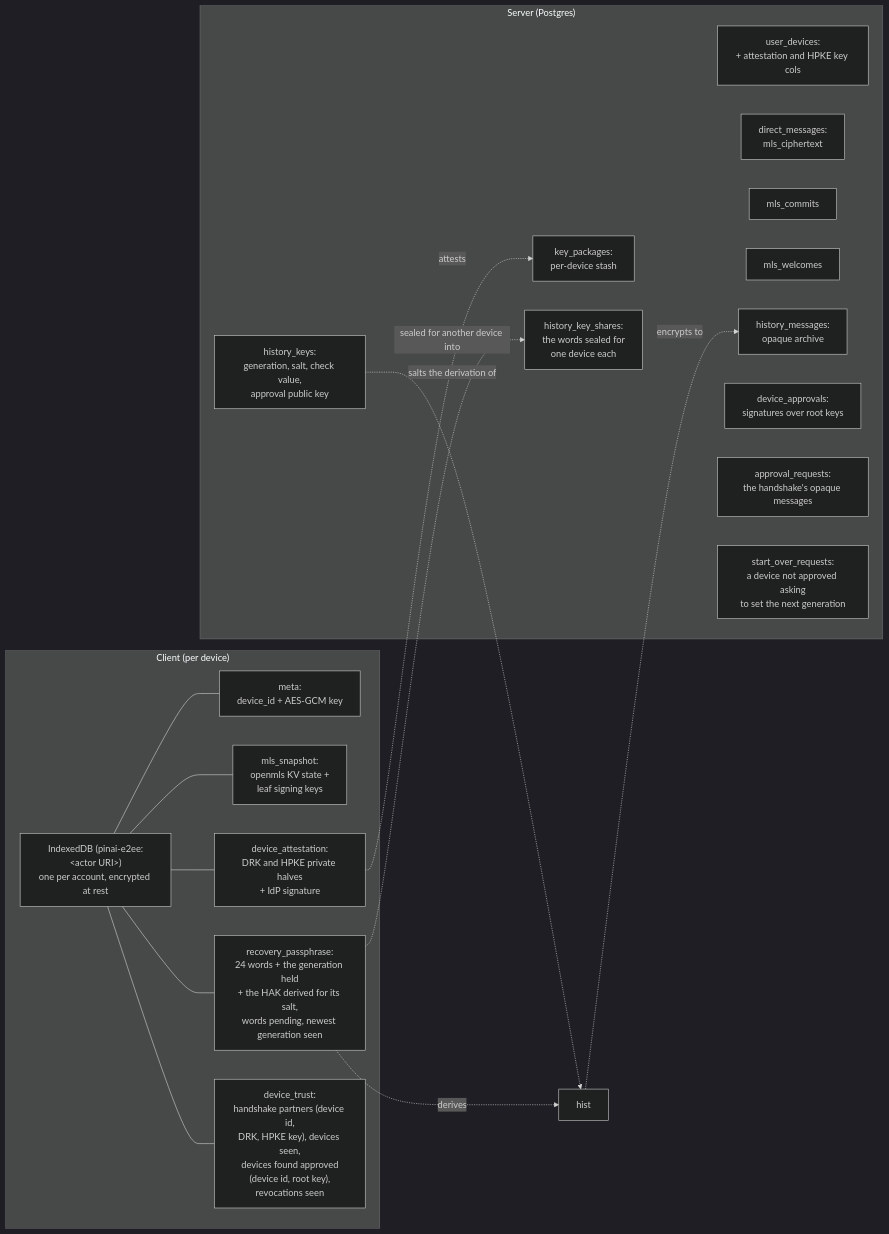
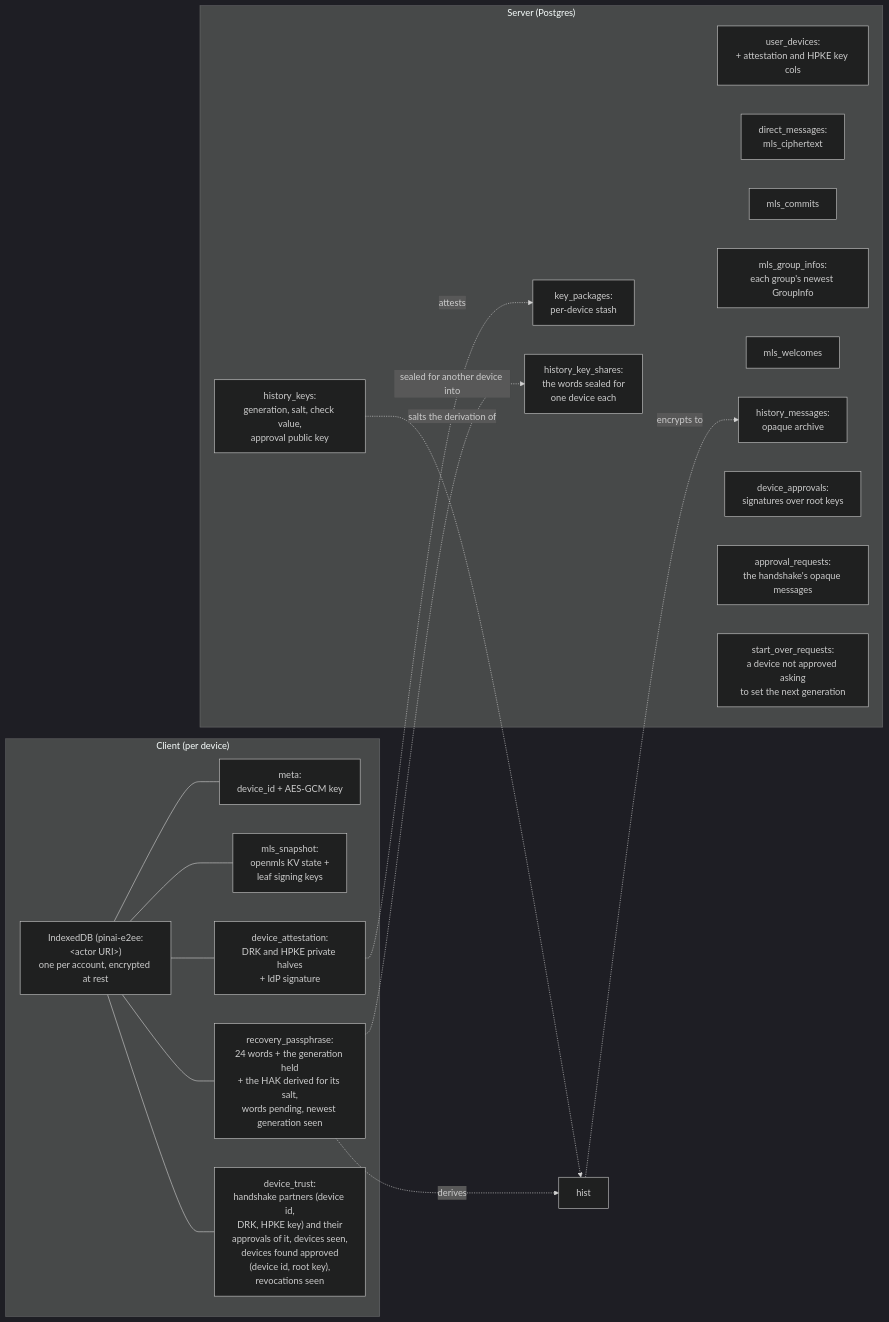
One commit to Pina-i/pinai changed diagram 22 of 22 in identity-provider/specs/e2ee.md. Above: the diagram before and after it, drawn with Mermaid (dark theme). The commit also changed other lines of this file and 36 other files, not shown here.

First line of the commit message:
feat(e2ee)!: devices rejoin their conversations by themselves (#14)

````diff
--- a/identity-provider/specs/e2ee.md
+++ b/identity-provider/specs/e2ee.md
@@ -2325,29 +2606,30 @@
 ```mermaid
 flowchart LR
     subgraph client ["Client (per device)"]
         IDB["IndexedDB (pinai-e2ee:#lt;actor URI#gt;)<br/>one per account, encrypted at rest"]
         IDB --- meta["meta:<br/>device_id + AES-GCM key"]
         IDB --- ident["mls_snapshot:<br/>openmls KV state +<br/>leaf signing keys"]
         IDB --- att["device_attestation:<br/>DRK and HPKE private halves<br/>+ IdP signature"]
         IDB --- pass["recovery_passphrase:<br/>24 words + the generation held<br/>+ the HAK derived for its salt,<br/>words pending, newest generation seen"]
-        IDB --- trust["device_trust:<br/>handshake partners (device id,<br/>DRK, HPKE key), devices seen,<br/>devices found approved<br/>(device id, root key),<br/>revocations seen"]
+        IDB --- trust["device_trust:<br/>handshake partners (device id,<br/>DRK, HPKE key) and their<br/>approvals of it, devices seen,<br/>devices found approved<br/>(device id, root key),<br/>revocations seen"]
     end
     subgraph server ["Server (Postgres)"]
         UD["user_devices:<br/>+ attestation and HPKE key cols"]
         KP["key_packages:<br/>per-device stash"]
         DM["direct_messages:<br/>mls_ciphertext"]
         MC["mls_commits"]
+        MG["mls_group_infos:<br/>each group's newest GroupInfo"]
         MW["mls_welcomes"]
         HM["history_messages:<br/>opaque archive"]
         HK["history_keys:<br/>generation, salt, check value,<br/>approval public key"]
         DA["device_approvals:<br/>signatures over root keys"]
         AR["approval_requests:<br/>the handshake's opaque messages"]
         KS["history_key_shares:<br/>the words sealed for<br/>one device each"]
         SO["start_over_requests:<br/>a device not approved asking<br/>to set the next generation"]
     end
     att -.->|attests| KP
     pass -.->|derives| hist
     hist -.->|encrypts to| HM
     HK -.->|salts the derivation of| hist
     pass -.->|sealed for another device into| KS
 ```
````
